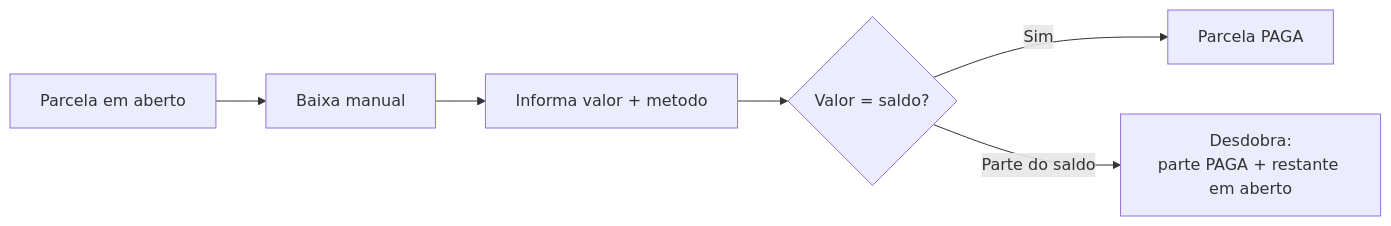
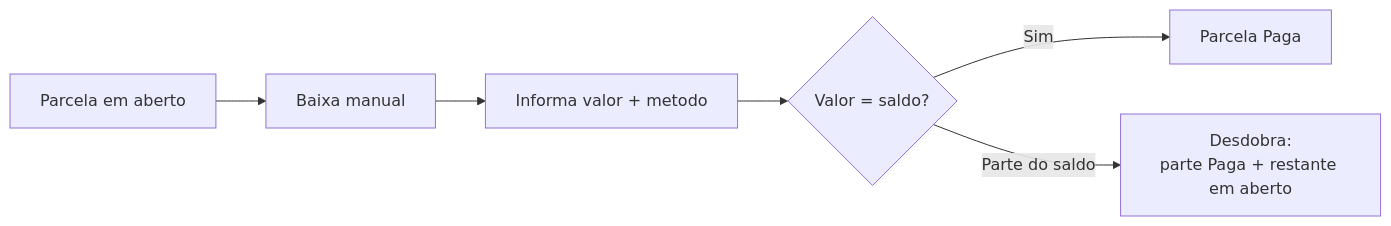
The first of 2 diagrams in cobranca/recebendo-pagamentos.md (LocFlowTeam/locflow-docs), drawn with Mermaid before and after one commit. The commit also changed other lines of this file and 6 other files, not shown here.

````diff
--- a/cobranca/recebendo-pagamentos.md
+++ b/cobranca/recebendo-pagamentos.md
@@ -18,8 +35,8 @@
 ```mermaid
 flowchart LR
     A[Parcela em aberto] --> B[Baixa manual]
     B --> C[Informa valor + metodo]
     C --> D{Valor = saldo?}
-    D -->|Sim| E[Parcela PAGA]
-    D -->|Parte do saldo| F[Desdobra:<br/>parte PAGA + restante em aberto]
+    D -->|Sim| E[Parcela Paga]
+    D -->|Parte do saldo| F[Desdobra:<br/>parte Paga + restante em aberto]
 ```
````
